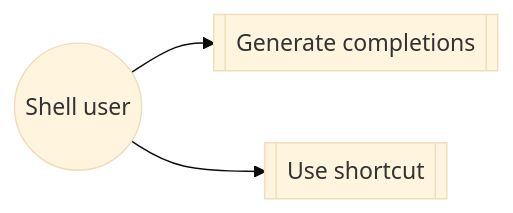
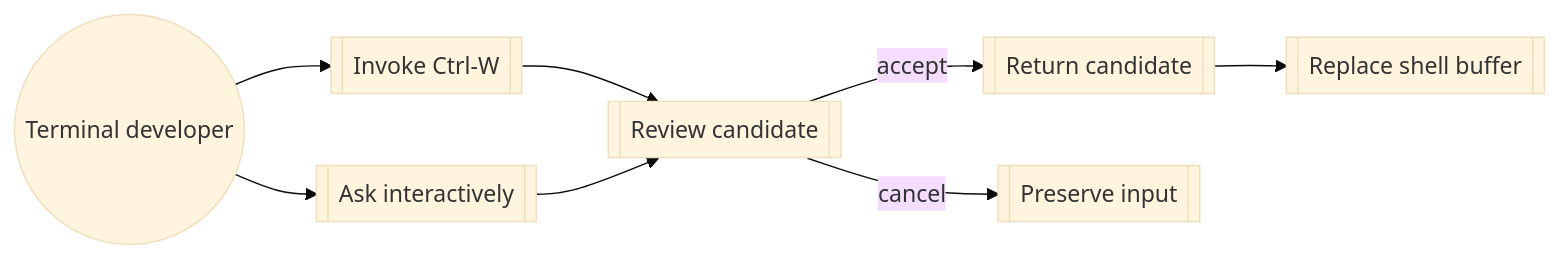
One commit to buster/watn changed the diagram in givn/specs/use-shell/usecase.md. Above: the diagram before and after it, drawn with Mermaid (base theme). The commit also changed other lines of this file and 10 other files, not shown here.

Commit message:
chore(use-explanatory-shell-shortcut): publish archive candidate

````diff
--- a/givn/specs/use-shell/usecase.md
+++ b/givn/specs/use-shell/usecase.md
@@ -81,5 +125,10 @@
 ```mermaid
 flowchart LR
-  User((Shell user)) --> Complete[[Generate completions]]
-  User --> Shortcut[[Use shortcut]]
+  User((Terminal developer)) --> Shortcut[[Invoke Ctrl-W]]
+  User --> Ask[[Ask interactively]]
+  Shortcut --> Review[[Review candidate]]
+  Ask --> Review
+  Review -->|accept| Result[[Return candidate]]
+  Review -->|cancel| Preserve[[Preserve input]]
+  Result --> Buffer[[Replace shell buffer]]
 ```
````
